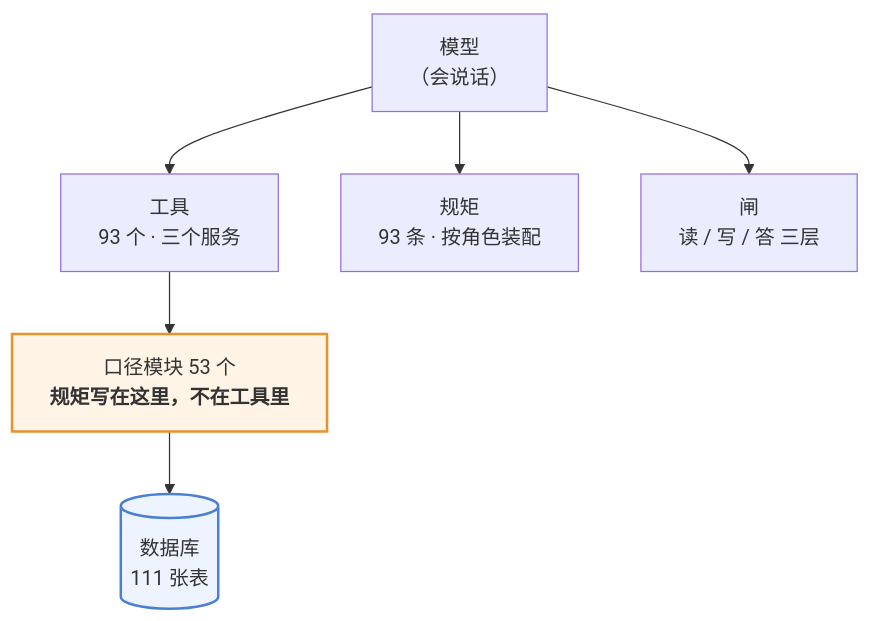
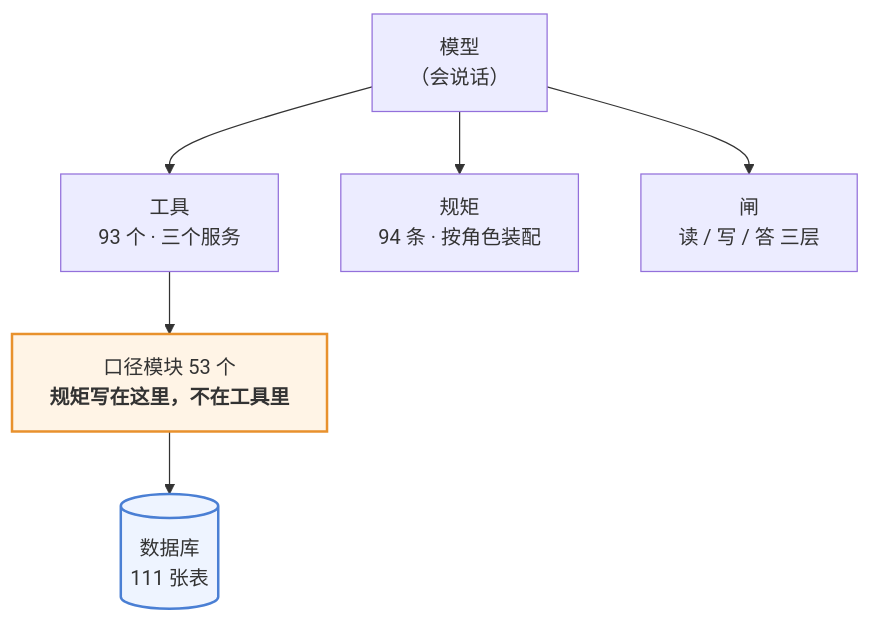
Before and after one commit to 843773296-rgb/lanxiu-yunshang-agent: the first of 3 diagrams in 澜绣云裳agent-产品说明.md, drawn with Mermaid. The commit also changed 5 other files, not shown here.

````diff
--- a/澜绣云裳agent-产品说明.md
+++ b/澜绣云裳agent-产品说明.md
@@ -62,12 +62,12 @@
 ```mermaid
 flowchart TD
     M["模型<br/>（会说话）"]
     M --> T["工具<br/>93 个 · 三个服务"]
-    M --> R["规矩<br/>93 条 · 按角色装配"]
+    M --> R["规矩<br/>94 条 · 按角色装配"]
     M --> G["闸<br/>读 / 写 / 答 三层"]
     T --> K["口径模块 53 个<br/><b>规矩写在这里，不在工具里</b>"]
     K --> DB[("数据库<br/>111 张表")]
 
     style K fill:#fff4e6,stroke:#e8912d,stroke-width:2px
     style DB fill:#eef4ff,stroke:#4a7fd4,stroke-width:2px
 ```
````
